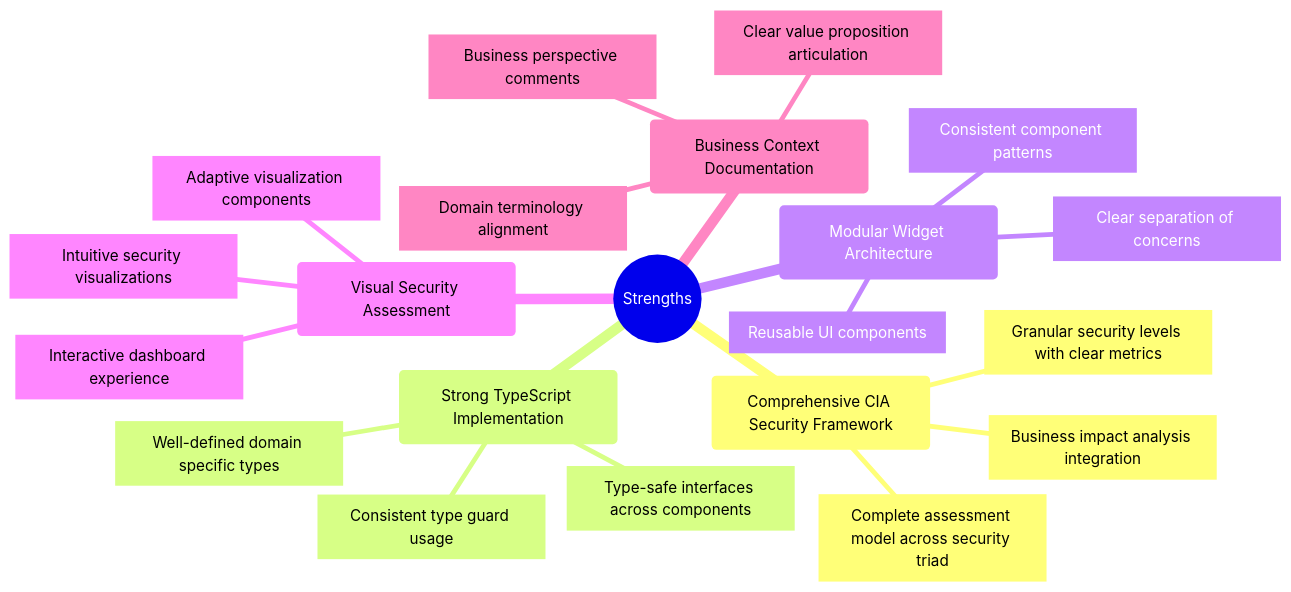
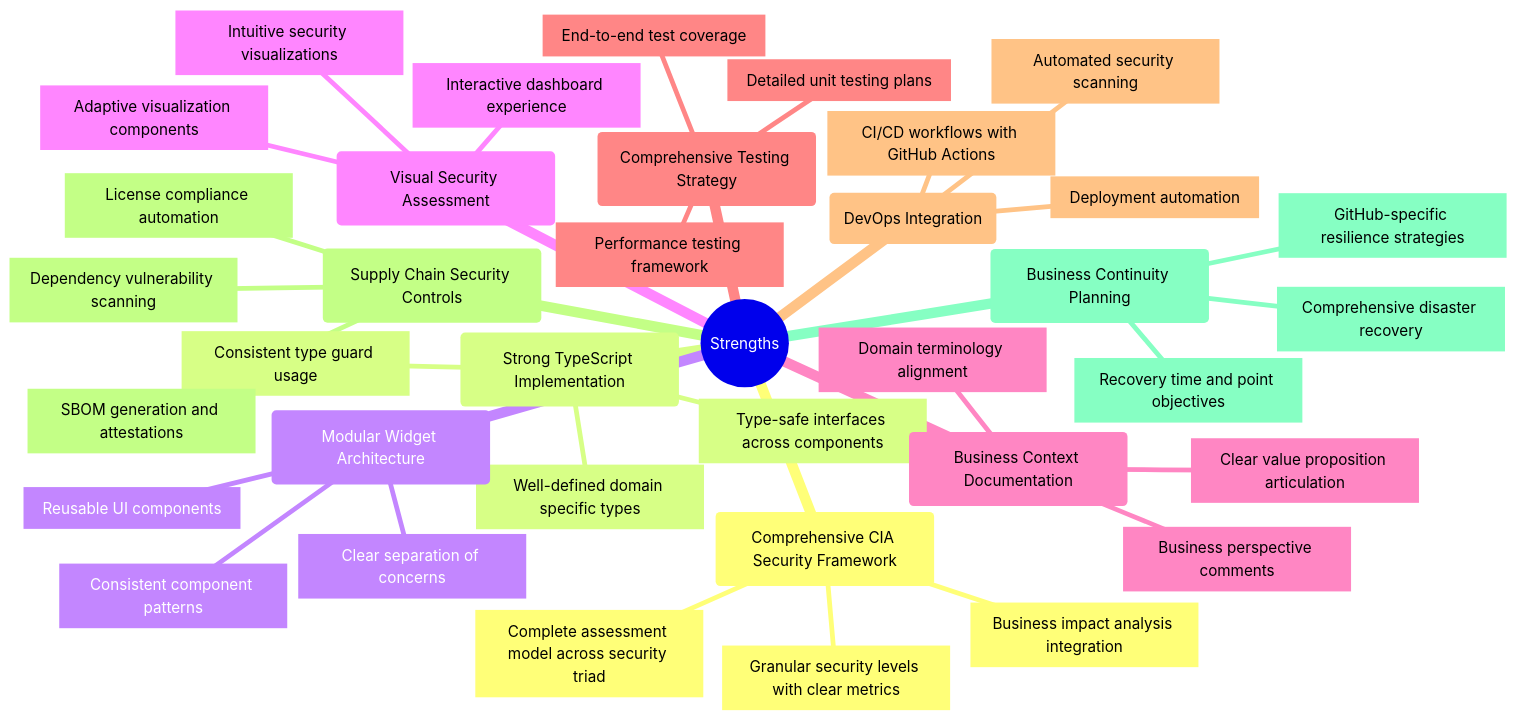
Before and after one commit to Hack23/cia-compliance-manager: the third of 7 diagrams in docs/architecture/SWOT.md, drawn with Mermaid. The commit also changed other lines of this file, not shown here.

````diff
--- a/docs/architecture/SWOT.md
+++ b/docs/architecture/SWOT.md
@@ -142,24 +172,40 @@
 ```mermaid
 mindmap
   root((Strengths))
     id1(Comprehensive CIA Security Framework)
       id1.1[Complete assessment model across security triad]
       id1.2[Granular security levels with clear metrics]
       id1.3[Business impact analysis integration]
     id2(Strong TypeScript Implementation)
       id2.1[Type-safe interfaces across components]
       id2.2[Well-defined domain specific types]
       id2.3[Consistent type guard usage]
     id3(Modular Widget Architecture)
       id3.1[Reusable UI components]
       id3.2[Consistent component patterns]
       id3.3[Clear separation of concerns]
     id4(Visual Security Assessment)
       id4.1[Intuitive security visualizations]
       id4.2[Interactive dashboard experience]
       id4.3[Adaptive visualization components]
     id5(Business Context Documentation)
       id5.1[Business perspective comments]
       id5.2[Clear value proposition articulation]
       id5.3[Domain terminology alignment]
+    id6(Comprehensive Testing Strategy)
+      id6.1[Detailed unit testing plans]
+      id6.2[End-to-end test coverage]
+      id6.3[Performance testing framework]
+    id7(DevOps Integration)
+      id7.1[CI/CD workflows with GitHub Actions]
+      id7.2[Automated security scanning]
+      id7.3[Deployment automation]
+    id8(Supply Chain Security Controls)
+      id8.1[Dependency vulnerability scanning]
+      id8.2[SBOM generation and attestations] 
+      id8.3[License compliance automation]
+    id9(Business Continuity Planning)
+      id9.1[Comprehensive disaster recovery]
+      id9.2[GitHub-specific resilience strategies]
+      id9.3[Recovery time and point objectives]
 ```
````
